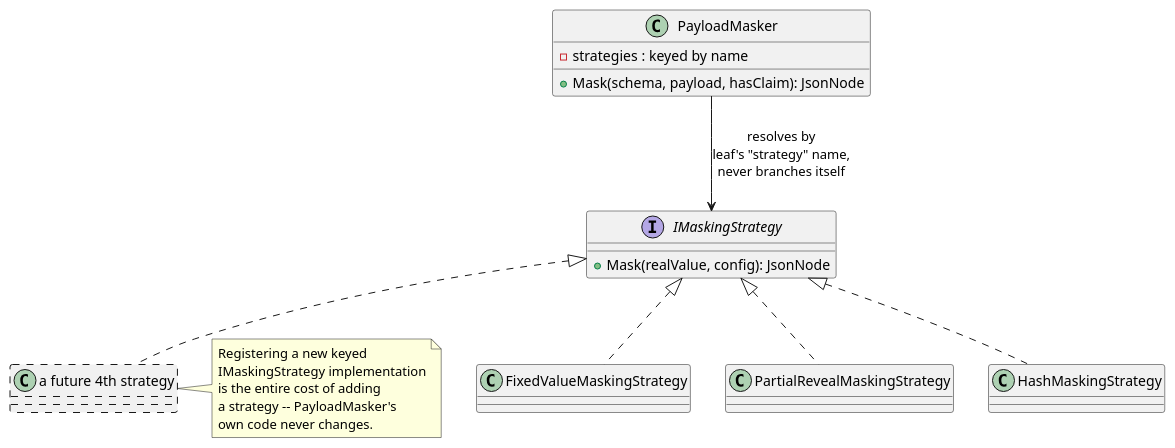
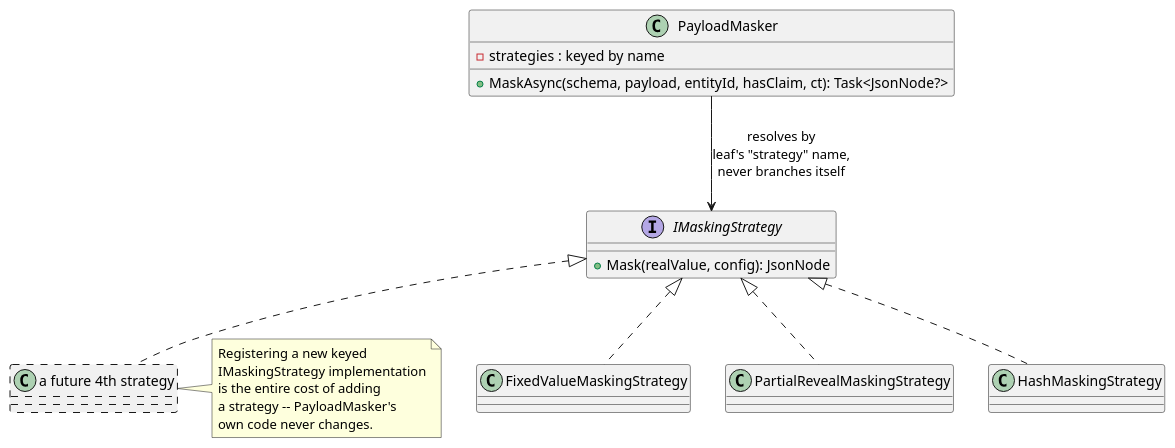
Before and after one commit to Mwwhited-BookLearning/EventSourcing: the diagram in docs/patterns/strategy-pattern-extensible-masking.md, drawn with PlantUML. The commit also changed 46 other files, not shown here.

````diff
--- a/docs/patterns/strategy-pattern-extensible-masking.md
+++ b/docs/patterns/strategy-pattern-extensible-masking.md
@@ -23,30 +23,30 @@
 ```plantuml
 @startuml Strategy_Pattern_Masking
 interface IMaskingStrategy {
   + Mask(realValue, config): JsonNode
 }
 class FixedValueMaskingStrategy
 class PartialRevealMaskingStrategy
 class HashMaskingStrategy
 class "a future 4th strategy" as Future #line.dashed
 
 IMaskingStrategy <|.. FixedValueMaskingStrategy
 IMaskingStrategy <|.. PartialRevealMaskingStrategy
 IMaskingStrategy <|.. HashMaskingStrategy
 IMaskingStrategy <|.. Future
 
 class PayloadMasker {
   - strategies : keyed by name
-  + Mask(schema, payload, hasClaim): JsonNode
+  + MaskAsync(schema, payload, entityId, hasClaim, ct): Task<JsonNode?>
 }
 PayloadMasker --> IMaskingStrategy : resolves by\nleaf's "strategy" name,\nnever branches itself
 
 note right of Future
   Registering a new keyed
   IMaskingStrategy implementation
   is the entire cost of adding
   a strategy -- PayloadMasker's
   own code never changes.
 end note
 @enduml
 ```
````
